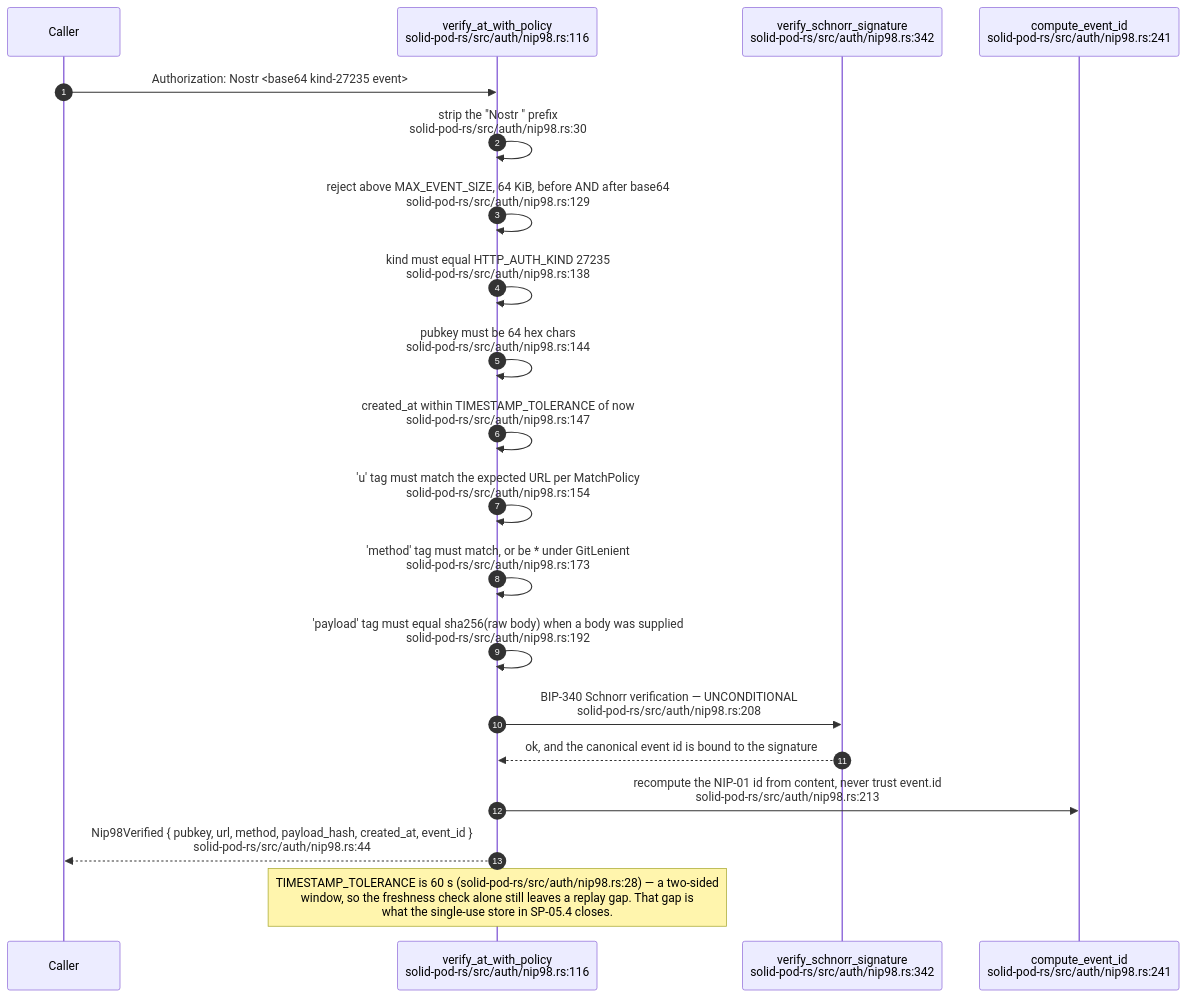
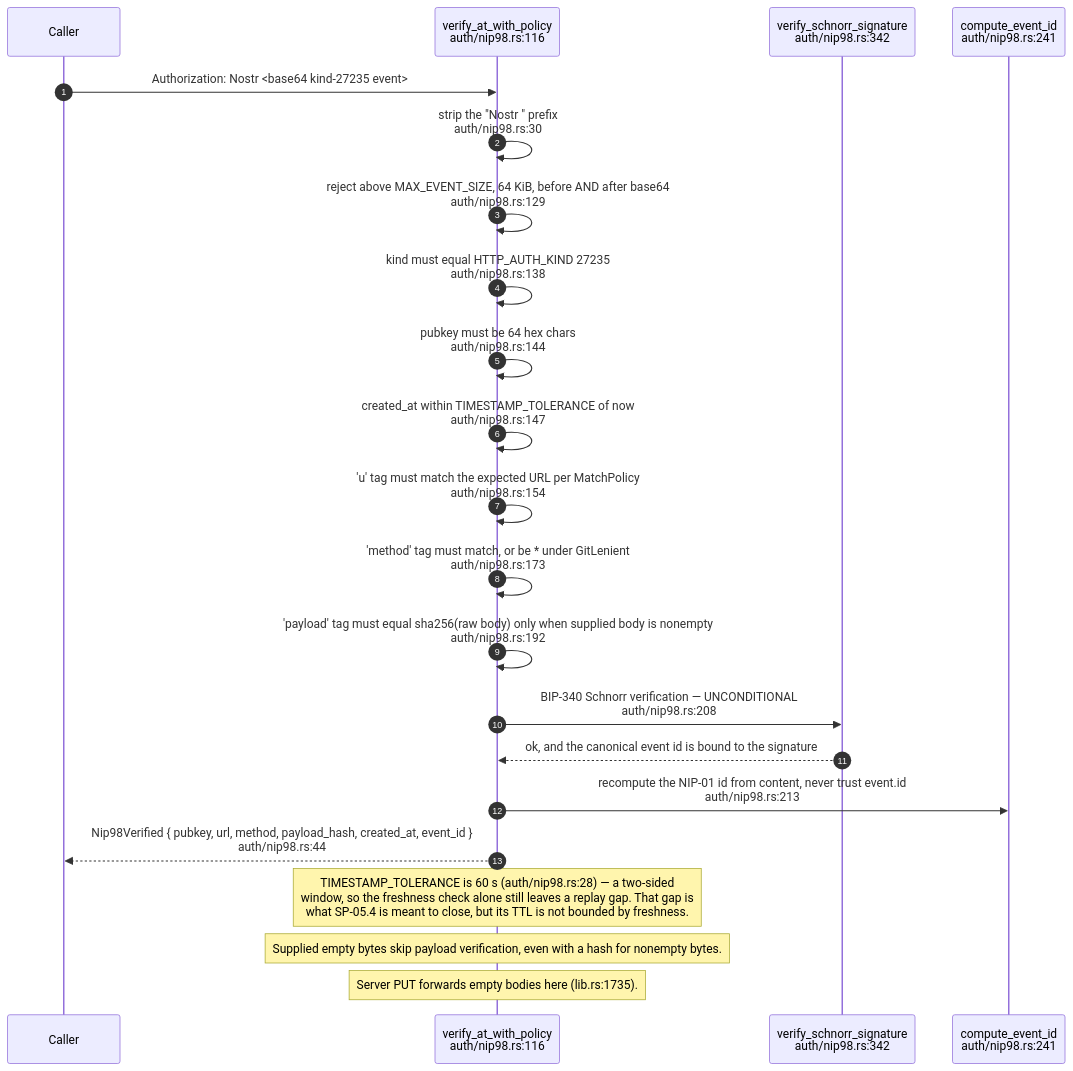
Before and after one commit to DreamLab-AI/VisionFlow: the second of 18 diagrams in docs/diagrams/solid-pod-rs/05-identity-nip98-did-oidc.md, drawn with Mermaid. The commit also changed other lines of this file and 25 other files, not shown here.

Commit message:
docs: audit Solid request binding and replay retention

````diff
--- a/docs/diagrams/solid-pod-rs/05-identity-nip98-did-oidc.md
+++ b/docs/diagrams/solid-pod-rs/05-identity-nip98-did-oidc.md
@@ -86,23 +86,25 @@
 ```mermaid
 sequenceDiagram
     autonumber
     participant C as Caller
-    participant V as verify_at_with_policy<br/>solid-pod-rs/src/auth/nip98.rs:116
-    participant S as verify_schnorr_signature<br/>solid-pod-rs/src/auth/nip98.rs:342
-    participant ID as compute_event_id<br/>solid-pod-rs/src/auth/nip98.rs:241
+    participant V as verify_at_with_policy<br/>auth/nip98.rs:116
+    participant S as verify_schnorr_signature<br/>auth/nip98.rs:342
+    participant ID as compute_event_id<br/>auth/nip98.rs:241
 
     C->>V: Authorization: Nostr <base64 kind-27235 event>
-    V->>V: strip the "Nostr " prefix<br/>solid-pod-rs/src/auth/nip98.rs:30
-    V->>V: reject above MAX_EVENT_SIZE, 64 KiB, before AND after base64<br/>solid-pod-rs/src/auth/nip98.rs:129
-    V->>V: kind must equal HTTP_AUTH_KIND 27235<br/>solid-pod-rs/src/auth/nip98.rs:138
-    V->>V: pubkey must be 64 hex chars<br/>solid-pod-rs/src/auth/nip98.rs:144
-    V->>V: created_at within TIMESTAMP_TOLERANCE of now<br/>solid-pod-rs/src/auth/nip98.rs:147
-    V->>V: 'u' tag must match the expected URL per MatchPolicy<br/>solid-pod-rs/src/auth/nip98.rs:154
-    V->>V: 'method' tag must match, or be * under GitLenient<br/>solid-pod-rs/src/auth/nip98.rs:173
-    V->>V: 'payload' tag must equal sha256(raw body) when a body was supplied<br/>solid-pod-rs/src/auth/nip98.rs:192
-    V->>S: BIP-340 Schnorr verification — UNCONDITIONAL<br/>solid-pod-rs/src/auth/nip98.rs:208
+    V->>V: strip the "Nostr " prefix<br/>auth/nip98.rs:30
+    V->>V: reject above MAX_EVENT_SIZE, 64 KiB, before AND after base64<br/>auth/nip98.rs:129
+    V->>V: kind must equal HTTP_AUTH_KIND 27235<br/>auth/nip98.rs:138
+    V->>V: pubkey must be 64 hex chars<br/>auth/nip98.rs:144
+    V->>V: created_at within TIMESTAMP_TOLERANCE of now<br/>auth/nip98.rs:147
+    V->>V: 'u' tag must match the expected URL per MatchPolicy<br/>auth/nip98.rs:154
+    V->>V: 'method' tag must match, or be * under GitLenient<br/>auth/nip98.rs:173
+    V->>V: 'payload' tag must equal sha256(raw body) only when supplied body is nonempty<br/>auth/nip98.rs:192
+    V->>S: BIP-340 Schnorr verification — UNCONDITIONAL<br/>auth/nip98.rs:208
     S-->>V: ok, and the canonical event id is bound to the signature
-    V->>ID: recompute the NIP-01 id from content, never trust event.id<br/>solid-pod-rs/src/auth/nip98.rs:213
-    V-->>C: Nip98Verified { pubkey, url, method, payload_hash, created_at, event_id }<br/>solid-pod-rs/src/auth/nip98.rs:44
-    Note over V: TIMESTAMP_TOLERANCE is 60 s (solid-pod-rs/src/auth/nip98.rs:28) — a two-sided<br/>window, so the freshness check alone still leaves a replay gap. That gap is<br/>what the single-use store in SP-05.4 closes.
+    V->>ID: recompute the NIP-01 id from content, never trust event.id<br/>auth/nip98.rs:213
+    V-->>C: Nip98Verified { pubkey, url, method, payload_hash, created_at, event_id }<br/>auth/nip98.rs:44
+    Note over V: TIMESTAMP_TOLERANCE is 60 s (auth/nip98.rs:28) — a two-sided<br/>window, so the freshness check alone still leaves a replay gap. That gap is<br/>what SP-05.4 is meant to close, but its TTL is not bounded by freshness.
+    Note over V: Supplied empty bytes skip payload verification, even with a hash for nonempty bytes.
+    Note over V: Server PUT forwards empty bodies here (lib.rs:1735).
 ```
````
